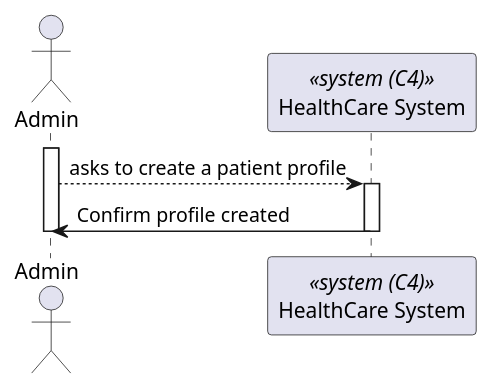
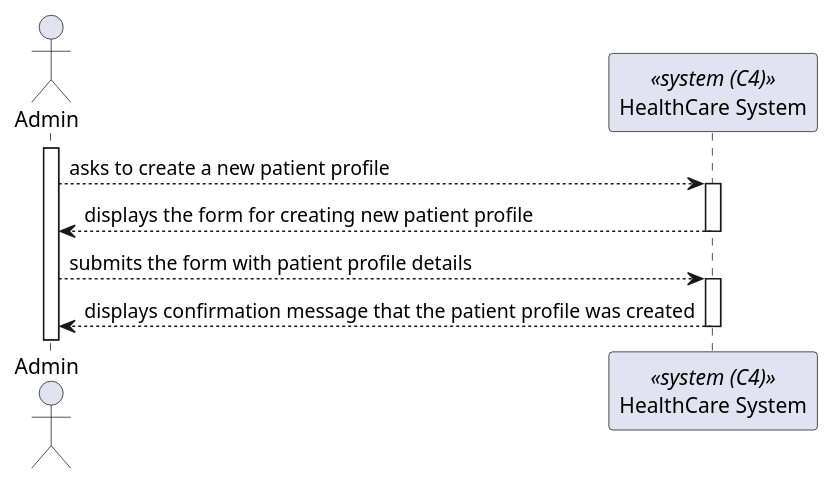
One commit to Lapr5G21/sem5pi-24-25-3ddg21 changed the diagram in docs/sprintB/PatientProfileCreation/views/level1/process-view.puml. Above: the diagram before and after it, drawn with PlantUML. The commit also changed 10 other files, not shown here.

Commit message:
patient profile creation - sprint b docs

```diff
--- a/docs/sprintB/PatientProfileCreation/views/level1/process-view.puml
+++ b/docs/sprintB/PatientProfileCreation/views/level1/process-view.puml
@@ -1,18 +1,22 @@
 @startuml PatientProfileCreation(level1)
 
 actor Admin as "Admin"
 participant SYS as "HealthCare System" <<system (C4)>>
 
 activate Admin 
 
-Admin --> SYS : asks to create a patient profile
+Admin --> SYS : asks to create a new patient profile 
 
 activate SYS 
-
-SYS -> Admin : Confirm profile created
+SYS --> Admin : displays the form for creating new patient profile
 
 deactivate SYS
-deactivate Admin
+Admin --> SYS : submits the form with patient profile details
+
+activate SYS
+SYS --> Admin : displays confirmation message that the patient profile was created
+
+deactivate SYS
 
 
 @enduml
```
